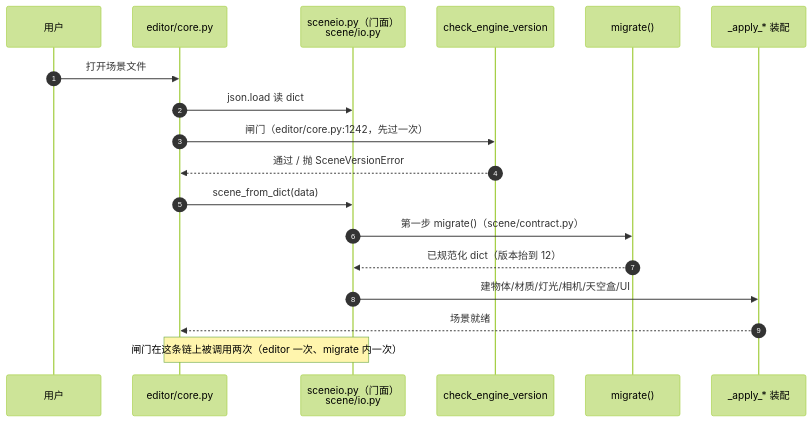
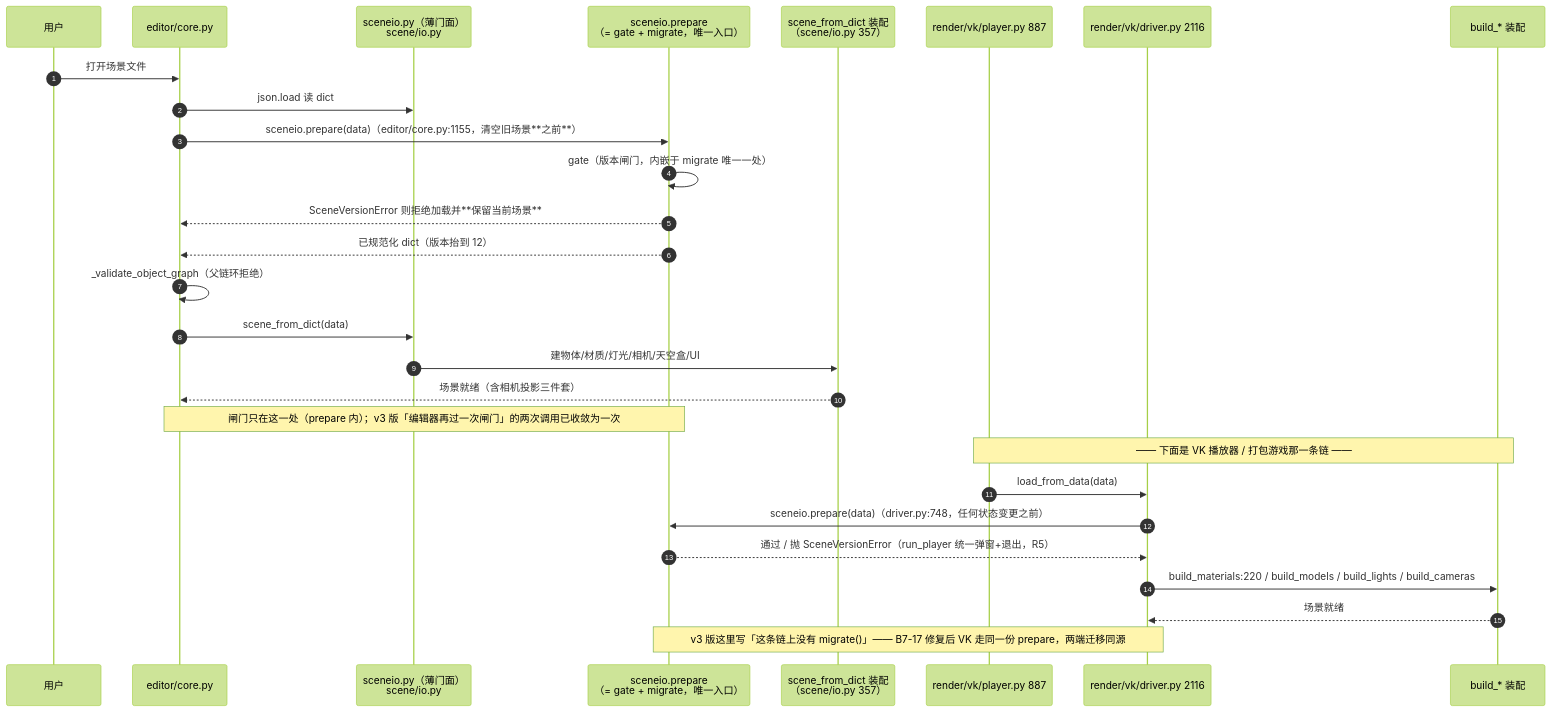
Diagram 13 of 23 in ARCHITECTURE.md (lhy302/WeaveEngine), drawn with Mermaid (forest theme) before and after one commit. The commit also changed other lines of this file, not shown here.

First line of the commit message:
docs: 架构图 v4 —— 按 HEAD d156cee 真实状态统一重画 23 张 Mermaid 图

````diff
--- a/ARCHITECTURE.md
+++ b/ARCHITECTURE.md
@@ -511,20 +560,30 @@
 ```mermaid
 sequenceDiagram
   autonumber
   participant U as 用户
   participant ED as editor/core.py
-  participant SIO as sceneio.py（门面）<br/>scene/io.py
-  participant GATE as check_engine_version
-  participant MIG as migrate()
-  participant AP as _apply_* 装配
+  participant SIO as sceneio.py（薄门面）<br/>scene/io.py
+  participant PREP as sceneio.prepare<br/>（= gate + migrate，唯一入口）
+  participant AP as scene_from_dict 装配<br/>（scene/io.py 357）
+  participant VP as render/vk/player.py 887
+  participant SD as render/vk/driver.py 2116
+  participant BM as build_* 装配
   U->>ED: 打开场景文件
   ED->>SIO: json.load 读 dict
-  ED->>GATE: 闸门（editor/core.py:1242，先过一次）
-  GATE-->>ED: 通过 / 抛 SceneVersionError
+  ED->>PREP: sceneio.prepare(data)（editor/core.py:1155，清空旧场景**之前**）
+  PREP->>PREP: gate（版本闸门，内嵌于 migrate 唯一一处）
+  PREP-->>ED: SceneVersionError 则拒绝加载并**保留当前场景**
+  PREP-->>ED: 已规范化 dict（版本抬到 12）
+  ED->>ED: _validate_object_graph（父链环拒绝）
   ED->>SIO: scene_from_dict(data)
-  SIO->>MIG: 第一步 migrate()（scene/contract.py）
-  MIG-->>SIO: 已规范化 dict（版本抬到 12）
   SIO->>AP: 建物体/材质/灯光/相机/天空盒/UI
-  AP-->>ED: 场景就绪
-  Note over ED,SIO: 闸门在这条链上被调用两次（editor 一次、migrate 内一次）
+  AP-->>ED: 场景就绪（含相机投影三件套）
+  Note over ED,PREP: 闸门只在这一处（prepare 内）；v3 版「编辑器再过一次闸门」的两次调用已收敛为一次
+  Note over VP,BM: —— 下面是 VK 播放器 / 打包游戏那一条链 ——
+  VP->>SD: load_from_data(data)
+  SD->>PREP: sceneio.prepare(data)（driver.py:748，任何状态变更之前）
+  PREP-->>SD: 通过 / 抛 SceneVersionError（run_player 统一弹窗+退出，R5）
+  SD->>BM: build_materials:220 / build_models / build_lights / build_cameras
+  BM-->>SD: 场景就绪
+  Note over SD,PREP: v3 版这里写「这条链上没有 migrate()」—— B7-17 修复后 VK 走同一份 prepare，两端迁移同源
 ```
````
